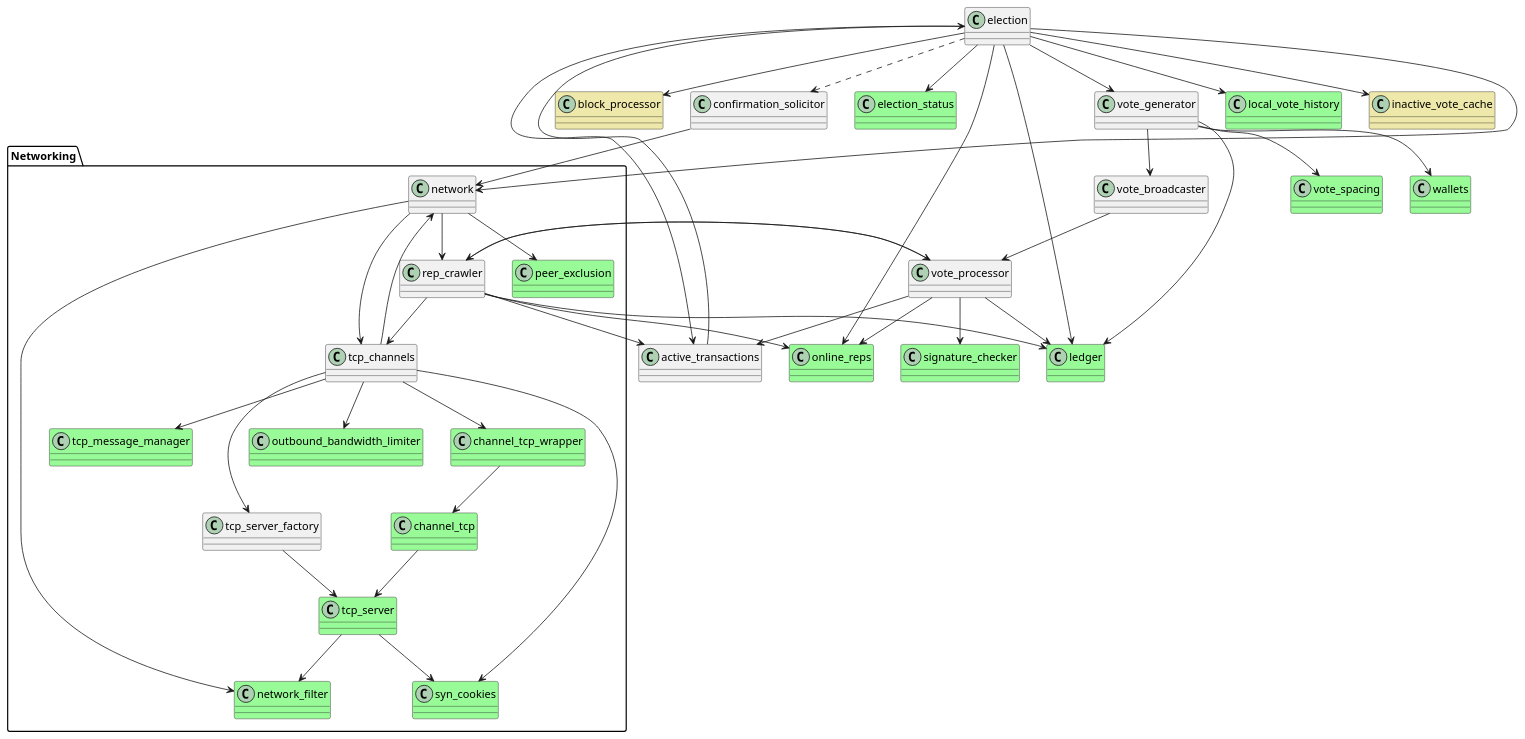
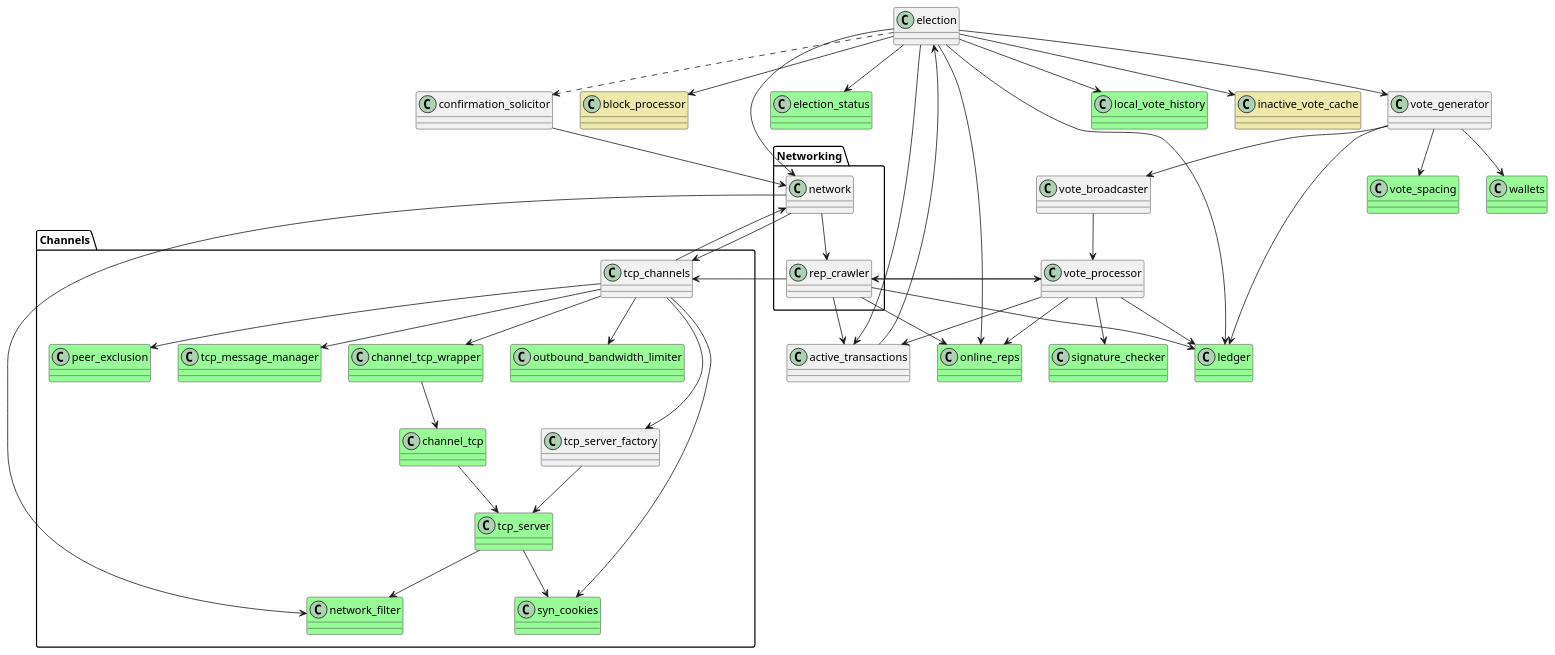
The diagram in rust/doc/port_blockprocessor.puml (stjet/rsban-node), drawn with PlantUML before and after one commit. The commit also changed 4 other files, not shown here.

```diff
--- a/rust/doc/port_blockprocessor.puml
+++ b/rust/doc/port_blockprocessor.puml
@@ -1,84 +1,87 @@
 @startuml "Port Blockprocessor"
 class block_processor #PaleGoldenRod
 class active_transactions
 class election
 class confirmation_solicitor
 class election_status #PaleGreen
 class online_reps #PaleGreen
 class ledger #PaleGreen
 class vote_generator
 class vote_broadcaster
 class vote_processor
 class vote_spacing #PaleGreen
 class wallets #PaleGreen
 class local_vote_history #PaleGreen
 class inactive_vote_cache #PaleGoldenRod
 class signature_checker #PaleGreen
 
 package "Networking"{
 class network
 class rep_crawler
+}
+
+package "Channels"{
 class peer_exclusion #PaleGreen
 class tcp_message_manager #PaleGreen
 class channel_tcp_wrapper #PaleGreen
 class channel_tcp #PaleGreen
 class outbound_bandwidth_limiter #PaleGreen
 class syn_cookies #PaleGreen
 class tcp_server #PaleGreen
 class tcp_channels
 class tcp_server_factory
 class network_filter #PaleGreen
 }
 
 active_transactions --> election
 confirmation_solicitor --> network
 
 election --> active_transactions
 election --> election_status
 election --> online_reps
 election --> ledger
 election --> block_processor
 election --> vote_generator
 election --> network
 election --> local_vote_history
 election --> inactive_vote_cache
 election ..> confirmation_solicitor
 
 vote_generator --> vote_broadcaster
 vote_broadcaster --> vote_processor
 vote_generator --> vote_spacing
 vote_generator --> ledger
 vote_generator --> wallets
 
 vote_processor --> signature_checker
 vote_processor --> active_transactions
 vote_processor --> online_reps
 vote_processor --> rep_crawler 
 vote_processor --> ledger
 
 rep_crawler --> tcp_channels
 rep_crawler --> online_reps
 rep_crawler --> ledger
 rep_crawler --> active_transactions
 rep_crawler --> vote_processor
 
-network --> peer_exclusion
 network --> network_filter
 network --> tcp_channels
 network --> rep_crawler
 
 tcp_channels --> tcp_server_factory
 tcp_channels --> outbound_bandwidth_limiter
 tcp_channels --> syn_cookies
 tcp_channels --> network
 tcp_channels --> tcp_message_manager
 tcp_channels --> channel_tcp_wrapper
+tcp_channels --> peer_exclusion
 
 tcp_server_factory --> tcp_server
 tcp_server --> syn_cookies
 tcp_server --> network_filter
 
 channel_tcp_wrapper --> channel_tcp
 channel_tcp --> tcp_server
 
 @enduml
```
